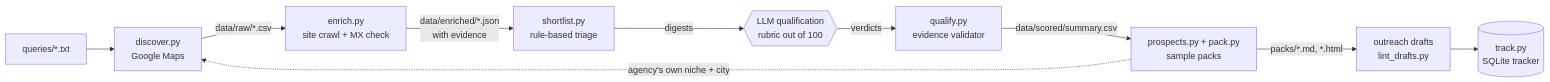
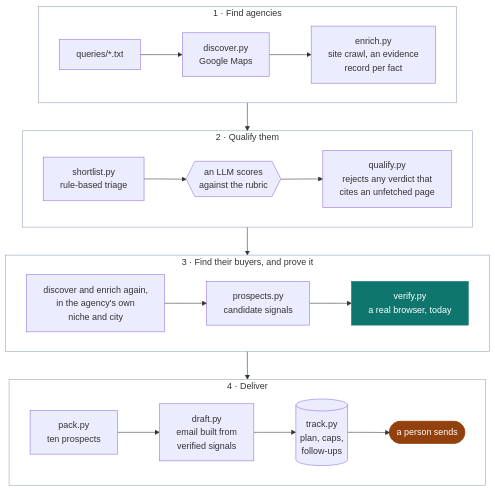
One commit to TaimourKhan2132/Lead-Forge changed the second of 3 diagrams in README.md. Above: the diagram before and after it, drawn with Mermaid. The commit also changed other lines of this file and 25 other files, not shown here.

First line of the commit message:
A front page that shows the work: banner, diagrams, GIFs, tests and a licence

````diff
--- a/README.md
+++ b/README.md
@@ -31,12 +196,29 @@
 ```mermaid
-flowchart LR
-    Q[queries/*.txt] --> D[discover.py<br/>Google Maps]
-    D -->|data/raw/*.csv| E[enrich.py<br/>site crawl + MX check]
-    E -->|data/enriched/*.json<br/>with evidence| S[shortlist.py<br/>rule-based triage]
-    S -->|digests| L{{LLM qualification<br/>rubric out of 100}}
-    L -->|verdicts| V[qualify.py<br/>evidence validator]
-    V -->|data/scored/summary.csv| P[prospects.py + pack.py<br/>sample packs]
-    P -->|packs/*.md, *.html| O[outreach drafts<br/>lint_drafts.py]
-    O --> T[(track.py<br/>SQLite tracker)]
-    P -.->|agency's own niche + city| D
+flowchart TB
+    subgraph FIND ["1 · Find agencies"]
+        direction LR
+        Q["queries/*.txt"] --> D["discover.py<br/>Google Maps"] --> E["enrich.py<br/>site crawl, an evidence<br/>record per fact"]
+    end
+    subgraph JUDGE ["2 · Qualify them"]
+        direction LR
+        S["shortlist.py<br/>rule-based triage"] --> L{{"an LLM scores<br/>against the rubric"}} --> V["qualify.py<br/>rejects any verdict that<br/>cites an unfetched page"]
+    end
+    subgraph PROVE ["3 · Find their buyers, and prove it"]
+        direction LR
+        A2["discover and enrich again,<br/>in the agency's own<br/>niche and city"] --> P["prospects.py<br/>candidate signals"] --> Y["verify.py<br/>a real browser, today"]
+    end
+    subgraph DELIVER ["4 · Deliver"]
+        direction LR
+        K["pack.py<br/>ten prospects"] --> R["draft.py<br/>email built from<br/>verified signals"] --> T[("track.py<br/>plan, caps,<br/>follow-ups")] --> H(["a person sends"])
+    end
+    FIND --> JUDGE --> PROVE --> DELIVER
+
+    classDef human fill:#92400e,stroke:#92400e,color:#ffffff
+    classDef browser fill:#0f766e,stroke:#0f766e,color:#ffffff
+    class H human
+    class Y browser
+    style FIND fill:none,stroke:#94a3b8
+    style JUDGE fill:none,stroke:#94a3b8
+    style PROVE fill:none,stroke:#94a3b8
+    style DELIVER fill:none,stroke:#94a3b8
 ```
````
